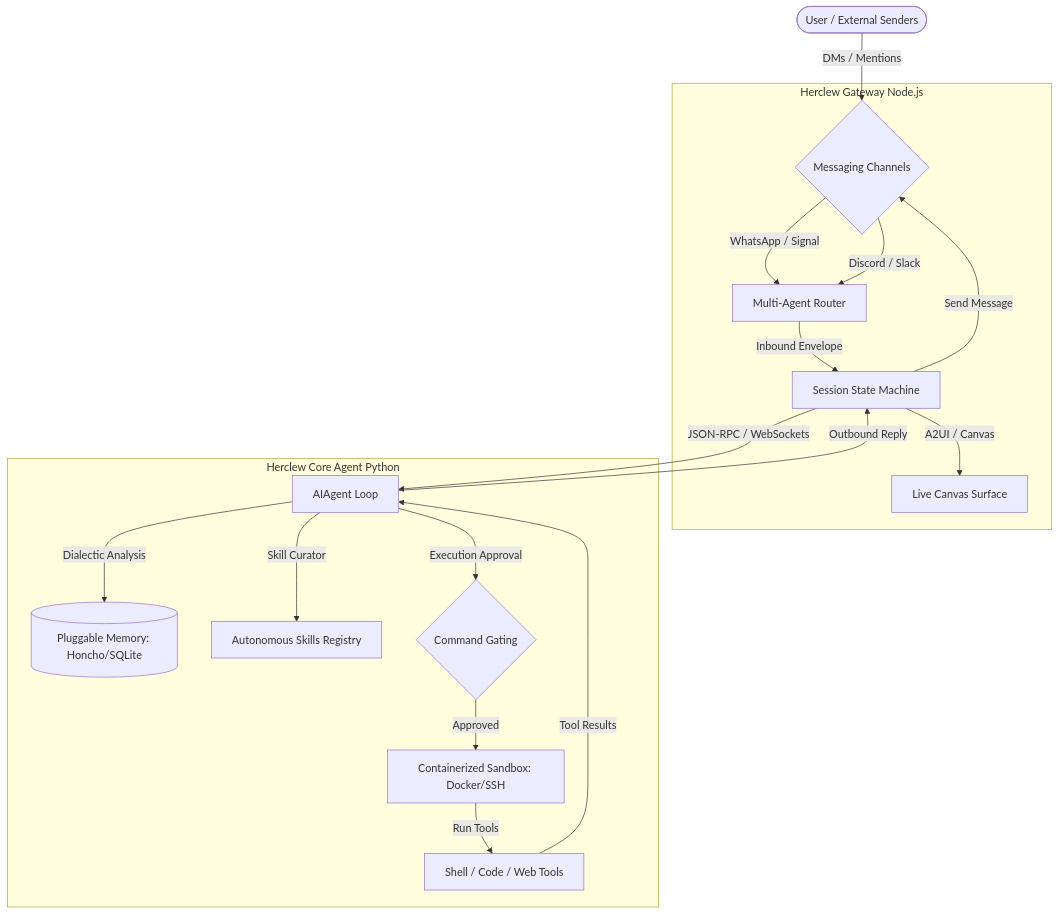
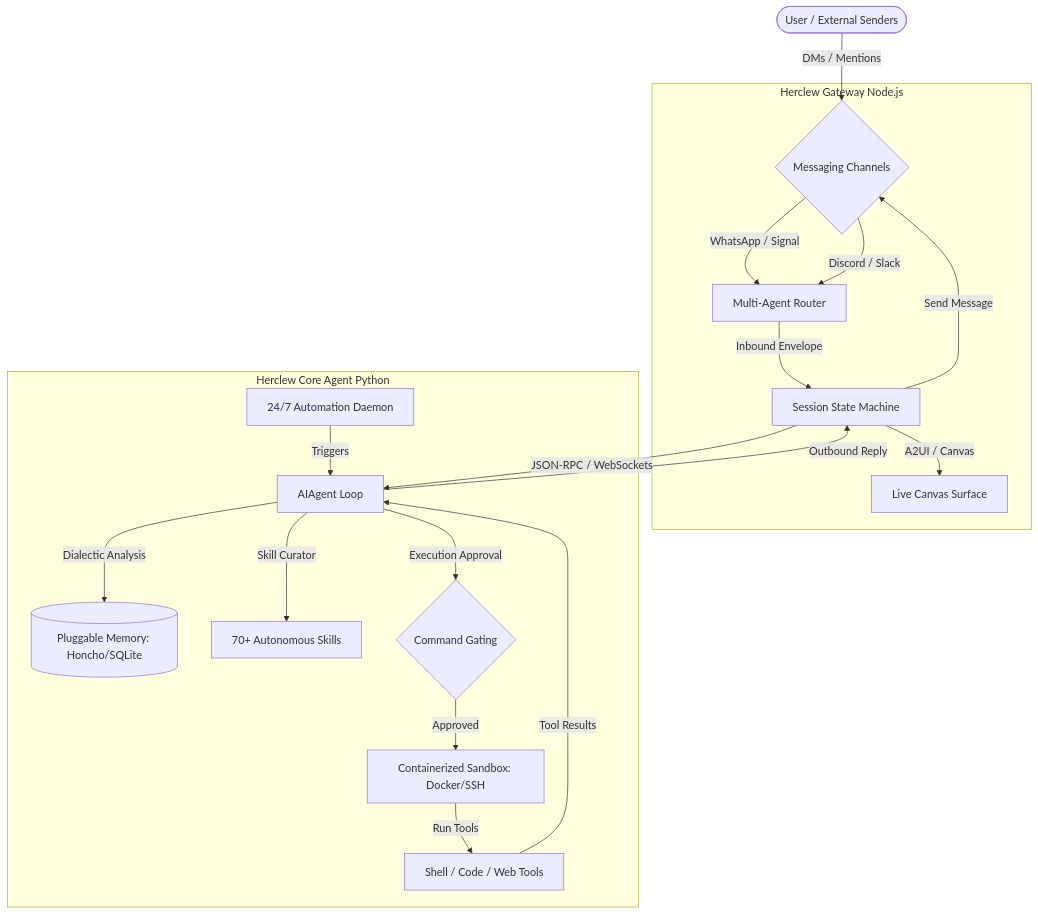
Before and after one commit to aniruddhaadak80/herclew: the diagram in README.md, drawn with Mermaid. The commit also changed other lines of this file and 128 other files, not shown here.

````diff
--- a/README.md
+++ b/README.md
@@ -31,27 +31,29 @@
 ```mermaid
 graph TD
     %% Senders / Interfaces
     User([User / External Senders]) -->|DMs / Mentions| Channels
     
     subgraph Gateway [Herclew Gateway Node.js]
         Channels{Messaging Channels}
         Channels -->|WhatsApp / Signal| Router[Multi-Agent Router]
         Channels -->|Discord / Slack| Router
         Router -->|Inbound Envelope| SessionManager[Session State Machine]
         SessionManager -->|A2UI / Canvas| WebUI[Live Canvas Surface]
     end
 
     subgraph Core [Herclew Core Agent Python]
         SessionManager -->|JSON-RPC / WebSockets| AgentLoop[AIAgent Loop]
         AgentLoop -->|Dialectic Analysis| Memory[(Pluggable Memory: Honcho/SQLite)]
-        AgentLoop -->|Skill Curator| SkillsRegistry[Autonomous Skills Registry]
+        AgentLoop -->|Skill Curator| SkillsRegistry[70+ Autonomous Skills]
         AgentLoop -->|Execution Approval| Approvals{Command Gating}
         
         Approvals -->|Approved| Sandbox[Containerized Sandbox: Docker/SSH]
         Sandbox -->|Run Tools| CLI[Shell / Code / Web Tools]
+        
+        Cron[24/7 Automation Daemon] -->|Triggers| AgentLoop
     end
 
     CLI -->|Tool Results| AgentLoop
     AgentLoop -->|Outbound Reply| SessionManager
     SessionManager -->|Send Message| Channels
 ```
````
